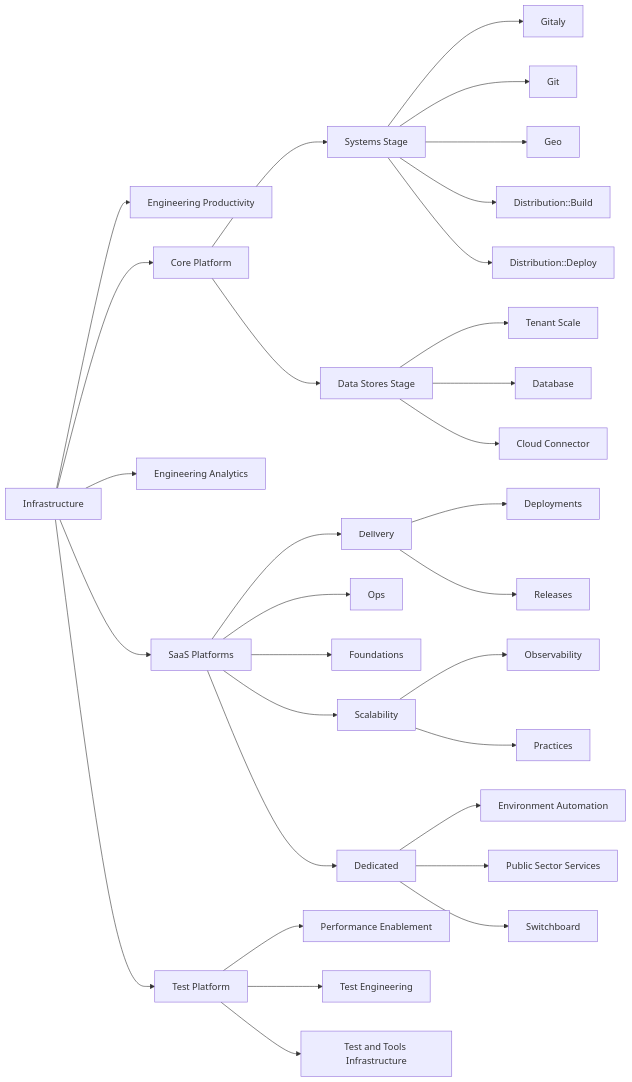
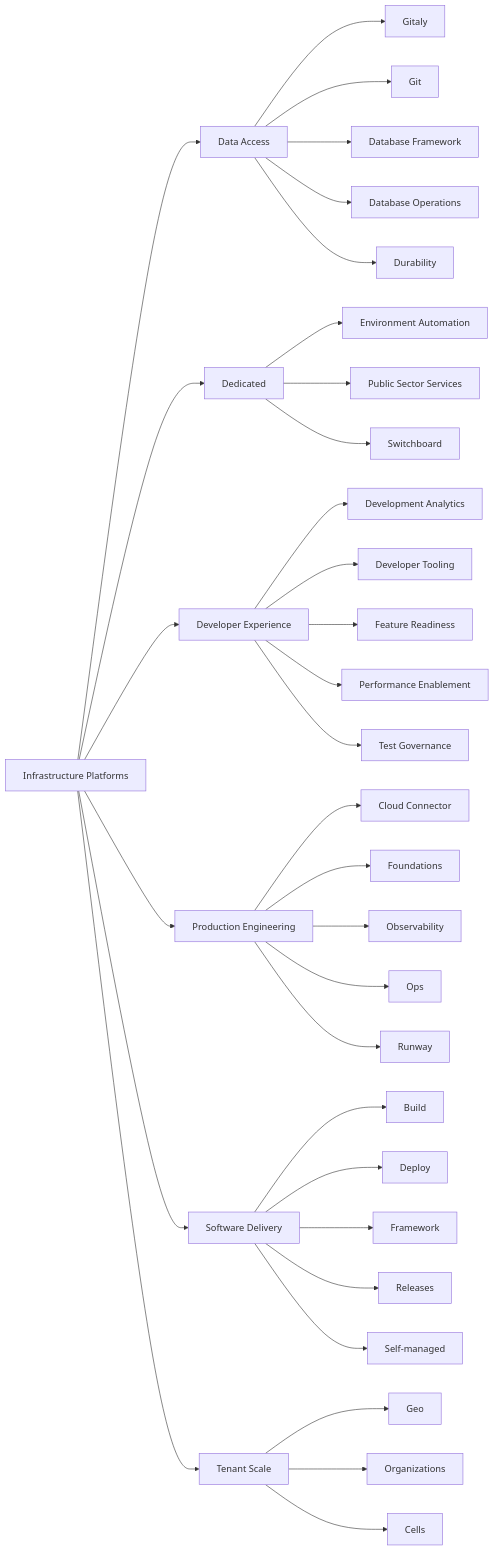
The diagram in content/handbook/engineering/infrastructure/_index.md (zalyoung/gitlab-handbook), drawn with Mermaid before and after one commit.

Commit message:
Update infra org structure

````diff
--- a/content/handbook/engineering/infrastructure/_index.md
+++ b/content/handbook/engineering/infrastructure/_index.md
@@ -45,68 +45,76 @@
 ```mermaid
 flowchart LR
-    I[Infrastructure]
+    I[Infrastructure Platforms]
     click I "/handbook/engineering/infrastructure/"
 
-    I --> EP[Engineering Productivity]
-    click EP "/handbook/engineering/infrastructure/engineering-productivity/"
-    I --> C[Core Platform]
-    click C "/handbook/engineering/infrastructure/core-platform/"
-    I --> EA[Engineering Analytics]
-    click EA "/handbook/engineering/infrastructure-platforms/developer-experience/engineering-analytics/"
-    I --> TP[Test Platform]
-    click TP "/handbook/engineering/infrastructure/test-platform/"
-    I --> SP[SaaS Platforms]
-    click SP "/handbook/engineering/infrastructure/platforms/"
+    I --> DA[Data Access]
+    click DA "/handbook/engineering/infrastructure-platforms/data-access/"
+    I --> D[Dedicated]
+    click D "/handbook/engineering/infrastructure/team/gitlab-dedicated/"
+    I --> DE[Developer Experience]
+    click DE "/handbook/engineering/infrastructure-platforms/developer-experience/"
+    I --> PE[Production Engineering]
+    click PE "/handbook/engineering/infrastructure/platforms/"
+    I --> SD[Software Delivery]
+    click SD "/handbook/engineering/infrastructure/team/delivery/"
+    I --> TS[Tenant Scale]
+    click TS "/handbook/engineering/infrastructure-platforms/tenant-scale/"
 
-    C --> SS[Systems Stage]
-    click SS "/handbook/engineering/infrastructure/core-platform/systems/"
+    DA --> GC[Gitaly]
+    click GC "/handbook/engineering/infrastructure-platforms/data-access/gitaly/"
+    DA --> Git[Git]
+    click GG "/handbook/engineering/infrastructure-platforms/data-access/git/"
+    DA --> DF[Database Framework]
+    click DF "/handbook/engineering/infrastructure-platforms/data-access/database-framework/"
+    DA --> DO[Database Operations]
+    click DO "/handbook/engineering/infrastructure-platforms/data-access/database-operations/"
+    DA --> DU[Durability]
+    click DU "/handbook/engineering/infrastructure-platforms/data-access/durability/"
 
-    SS --> GC[Gitaly]
-    click GC "/handbook/engineering/infrastructure-platforms/data-access/gitaly/"
-    SS --> Git[Git]
-    click GG "/handbook/engineering/infrastructure-platforms/data-access/git/"
-    SS --> Geo
-    click Geo "/handbook/engineering/infrastructure/core-platform/systems/geo/"
-    SS --> DB[Distribution::Build]
-    click DB "/handbook/engineering/infrastructure/core-platform/systems/distribution/"
-    SS --> DD[Distribution::Deploy]
-    click DD "/handbook/engineering/infrastructure/core-platform/systems/distribution/"
-
-    C --> DS[Data Stores Stage]
-    click DS "/handbook/engineering/infrastructure/core-platform/data_stores/"
-    DS --> TS[Tenant Scale]
-    click TS "/handbook/engineering/infrastructure/core-platform/tenant-scale/"
-    DS --> Database
-    click Database "/handbook/engineering/infrastructure-platforms/data-access/database-framework/"
-    DS --> CC[Cloud Connector]
-    click CC "/handbook/engineering/infrastructure/core-platform/data_stores/cloud-connector/"
-
-    SP --> DE[Delivery]
-    click DE "/handbook/engineering/infrastructure/team/delivery/"
-    DE --> Deployments
-    DE --> Releases
-    SP --> Ops
-    click Ops "/handbook/engineering/infrastructure/team/ops/"
-    SP --> Foundations
-    click Foundations "/handbook/engineering/infrastructure/team/foundations/"
-    SP --> Scalability
-    click Scalability "/handbook/engineering/infrastructure/team/scalability/"
-    Scalability --> Observability
-    Scalability --> Practices
-
-    SP --> D[Dedicated]
-    click D "/handbook/engineering/infrastructure/team/gitlab-dedicated/"
     D --> E[Environment Automation]
     click E "/handbook/engineering/infrastructure/team/gitlab-dedicated/"
     D --> PSS[Public Sector Services]
     click PSS "/handbook/engineering/infrastructure/team/gitlab-dedicated/us-public-sector-services/"
     D --> Switchboard
     click Switchboard "/handbook/engineering/infrastructure/team/gitlab-dedicated/switchboard/"
 
-    TP --> PE[Performance Enablement]
-    click PE "/handbook/engineering/infrastructure-platforms/developer-experience/performance-enablement/"
-    TP --> TE[Test Engineering]
-    click TE "/handbook/engineering/infrastructure/test-platform/test-engineering-team/"
-    TP --> TTI[Test and Tools Infrastructure]
-    click TTI "/handbook/engineering/infrastructure/test-platform/test-and-tools-infrastructure-team/"
+    DE --> EA[Development Analytics]
+    click EA "/handbook/engineering/infrastructure-platforms/developer-experience/engineering-analytics/"
+    DE --> DT[Developer Tooling]
+    click DT "/handbook/engineering/infrastructure-platforms/developer-experience/developer-tooling/"
+    DE --> FE[Feature Readiness]
+    click FE "/handbook/engineering/infrastructure-platforms/developer-experience/"
+    DE --> PER[Performance Enablement]
+    click PER "/handbook/engineering/infrastructure-platforms/developer-experience/performance-enablement/"
+    DE --> TG[Test Governance]
+    click TG "/handbook/engineering/infrastructure-platforms/developer-experience/test-governance/"
+
+    PE --> CC[Cloud Connector]
+    click CC "/handbook/engineering/infrastructure/core-platform/data_stores/cloud-connector/"
+    PE --> Foundations
+    click Foundations "/handbook/engineering/infrastructure/team/foundations/"
+    PE --> Observability
+    click Observability "/handbook/engineering/infrastructure/team/scalability/"
+    PE --> Ops
+    click Ops "/handbook/engineering/infrastructure/team/ops/"
+    PE --> Runway
+    click Ops "/handbook/engineering/infrastructure/team/runway/"
+
+    SD --> DB[Build]
+    click DB "/handbook/engineering/infrastructure/core-platform/systems/distribution/"
+    SD --> DD[Deploy]
+    click DD "/handbook/engineering/infrastructure/core-platform/systems/distribution/"
+    SD --> FR[Framework]
+    click FR "/handbook/engineering/infrastructure-platforms/gitlab-delivery/framework/"
+    SD --> RE[Releases]
+    click RE "/handbook/engineering/infrastructure-platforms/gitlab-delivery/delivery/"
+    SD --> SM[Self-managed]
+    click SM "/handbook/engineering/infrastructure-platforms/gitlab-delivery/delivery/"
+
+    TS --> Geo
+    click Geo "/handbook/engineering/infrastructure-platforms/tenant-scale/geo/"
+    TS --> Organizations
+    click Organizations "/handbook/engineering/infrastructure-platforms/tenant-scale/organizations/"
+    TS --> Cells
+    click Cells "/handbook/engineering/infrastructure-platforms/tenant-scale/cells-infrastructure/"
 ```
````
